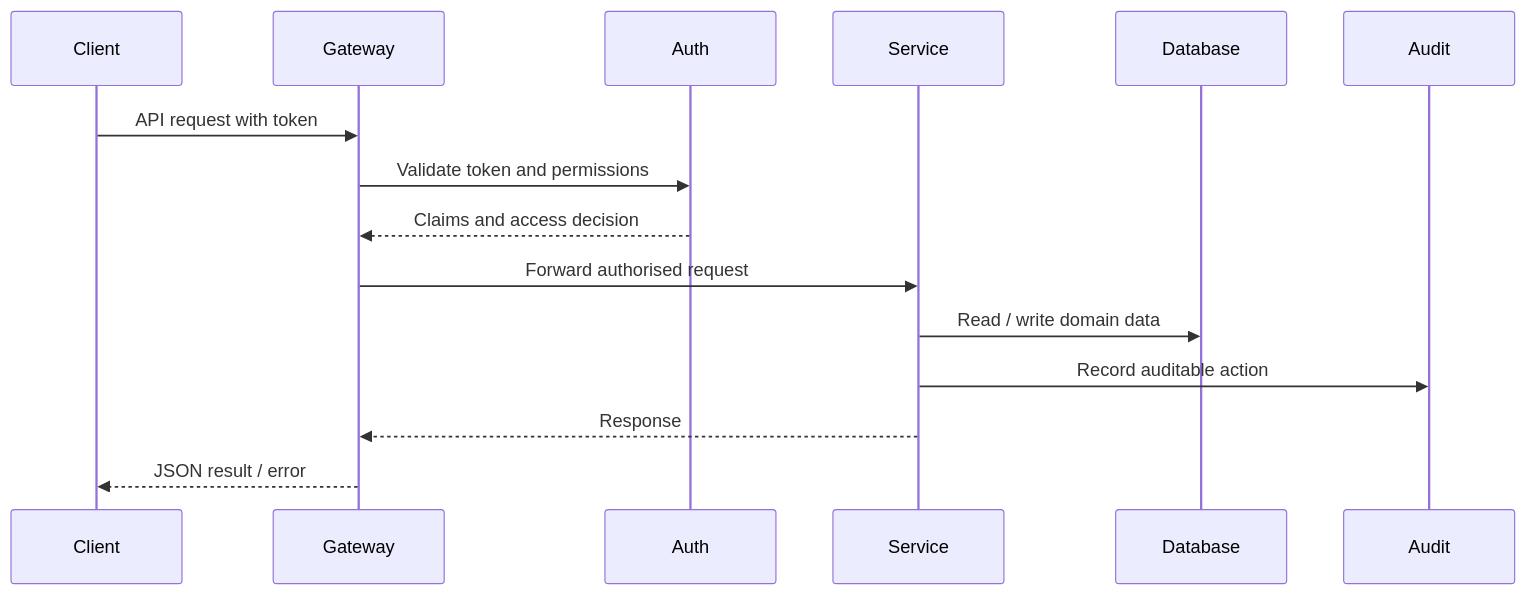
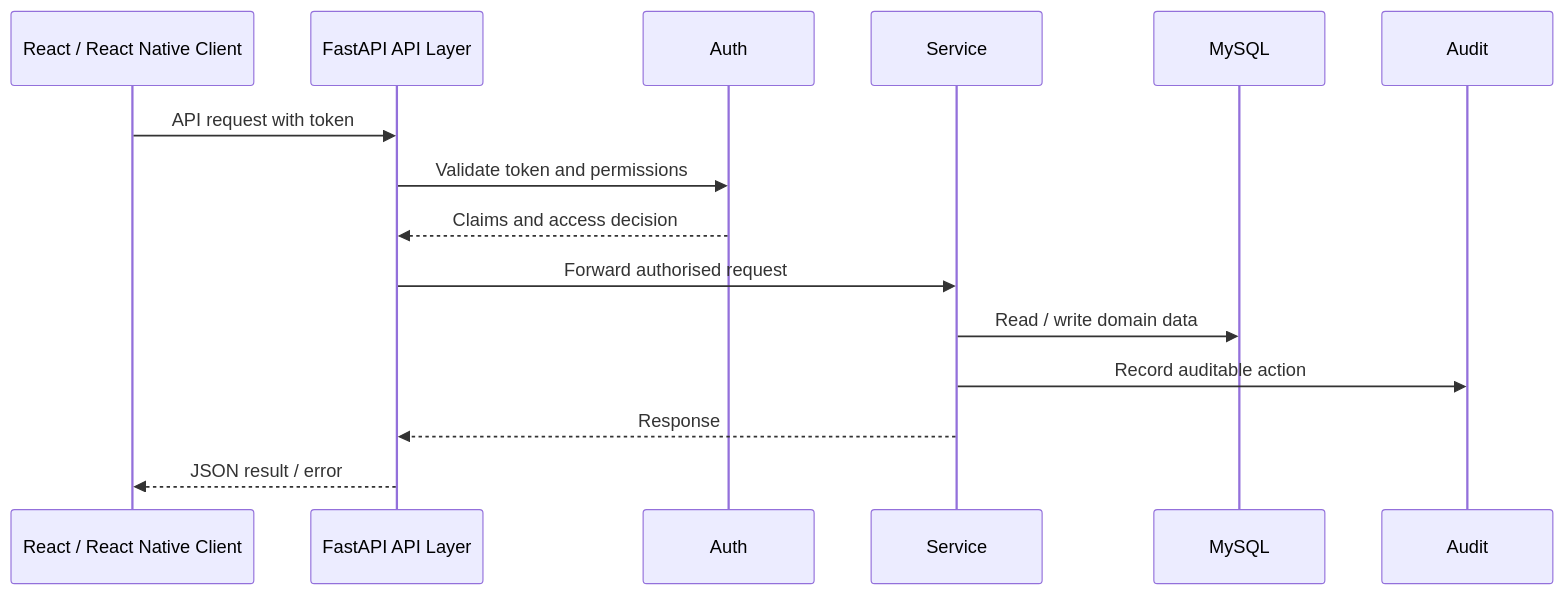
One commit to Nandan222001/health_smart_engage changed the diagram in docs/04_Design/19_API_Specification_Document.md. Above: the diagram before and after it, drawn with Mermaid. The commit also changed other lines of this file and 4 other files, not shown here.

````diff
--- a/docs/04_Design/19_API_Specification_Document.md
+++ b/docs/04_Design/19_API_Specification_Document.md
@@ -68,17 +82,17 @@
 ```mermaid
 sequenceDiagram
-    participant Client
-    participant Gateway
+    participant Client as React / React Native Client
+    participant Gateway as FastAPI API Layer
     participant Auth
     participant Service
-    participant Database
+    participant Database as MySQL
     participant Audit
     Client->>Gateway: API request with token
     Gateway->>Auth: Validate token and permissions
     Auth-->>Gateway: Claims and access decision
     Gateway->>Service: Forward authorised request
     Service->>Database: Read / write domain data
     Service->>Audit: Record auditable action
     Service-->>Gateway: Response
     Gateway-->>Client: JSON result / error
 ```
````
